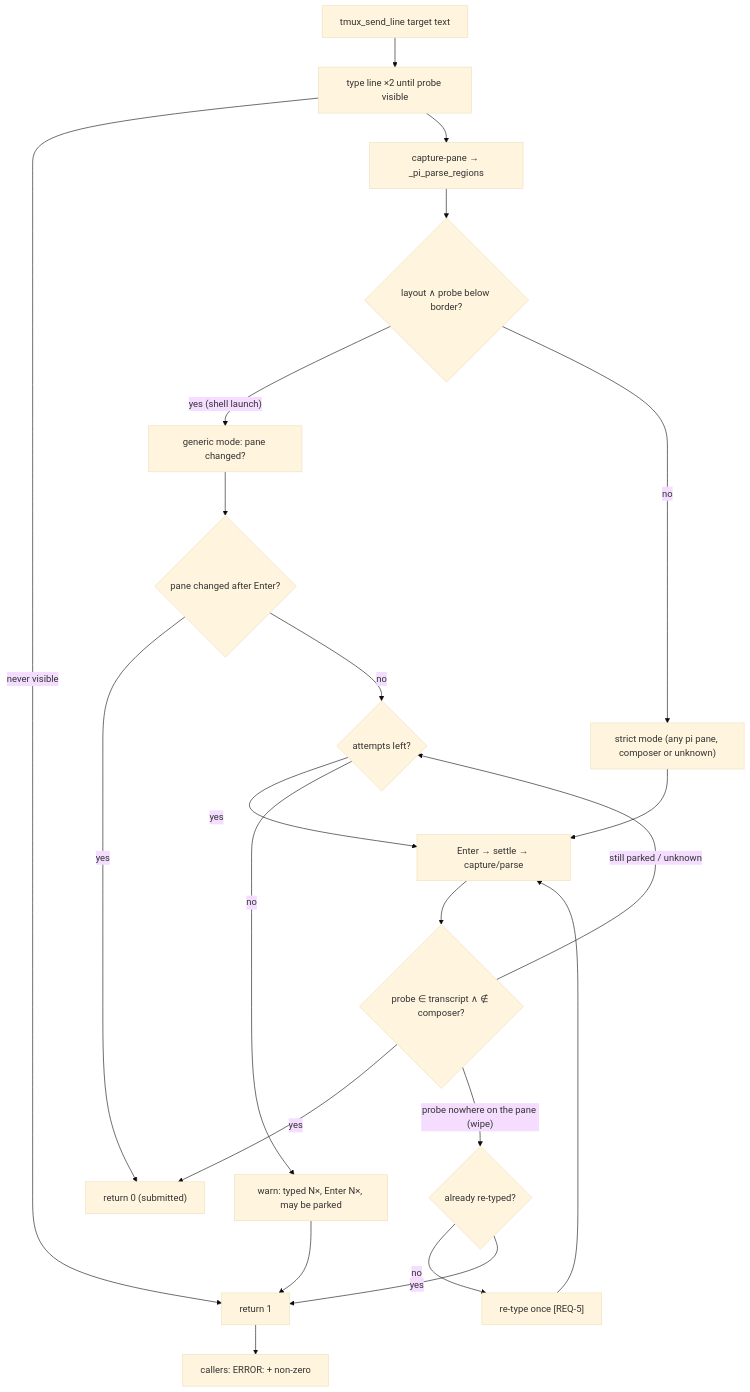
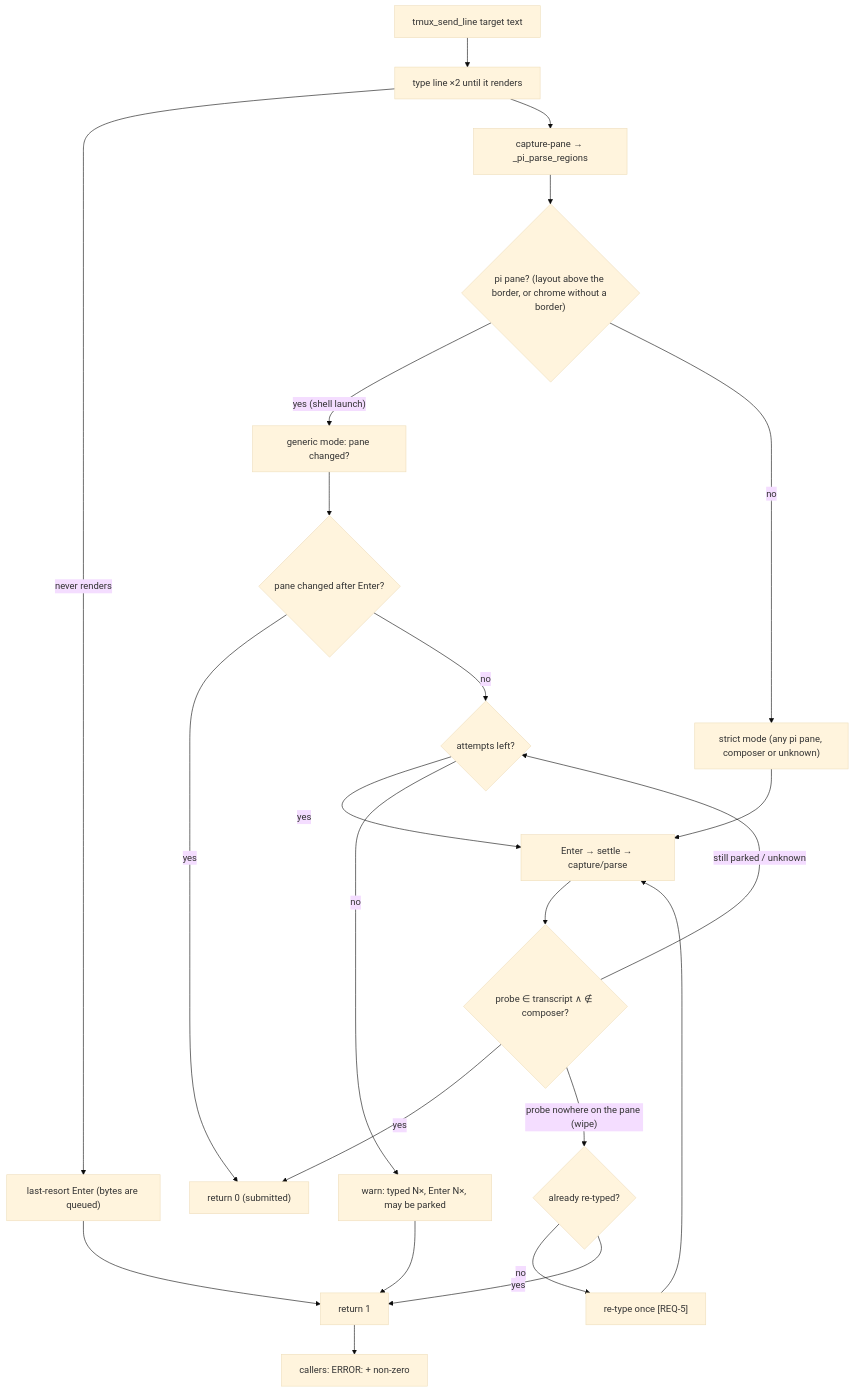
Before and after one commit to jseto/mu-commander: the diagram in specs/fix-parked-prompt/fix-parked-prompt-design.md, drawn with Mermaid (base theme). The commit also changed other lines of this file and 5 other files, not shown here.

````diff
--- a/specs/fix-parked-prompt/fix-parked-prompt-design.md
+++ b/specs/fix-parked-prompt/fix-parked-prompt-design.md
@@ -98,22 +103,22 @@
 ```mermaid
 flowchart TD
-  A["tmux_send_line target text"] --> B["type line ×2 until probe visible"]
-  B -- "never visible" --> F["return 1"]
+  A["tmux_send_line target text"] --> B["type line ×2 until it renders"]
+  B -- "never renders" --> B1["last-resort Enter (bytes are queued)"] --> F["return 1"]
   B --> C["capture-pane → _pi_parse_regions"]
-  C --> D{"layout ∧ probe below border?"}
+  C --> D{"pi pane? (layout above the border, or chrome without a border)"}
   D -- yes (shell launch) --> G["generic mode: pane changed?"]
   D -- no --> S["strict mode (any pi pane, composer or unknown)"]
   S --> E["Enter → settle → capture/parse"]
   E --> E1{"probe ∈ transcript ∧ ∉ composer?"}
   E1 -- yes --> OK["return 0 (submitted)"]
   E1 -- "probe nowhere on the pane (wipe)" --> E2{"already re-typed?"}
   E2 -- no --> R["re-type once [REQ-5]"] --> E
   E2 -- yes --> F
   E1 -- "still parked / unknown" --> E3{"attempts left?"}
   E3 -- yes --> E
   E3 -- no --> W["warn: typed N×, Enter N×, may be parked"] --> F
   G --> G1{"pane changed after Enter?"}
   G1 -- yes --> OK
   G1 -- no --> E3
   F --> X["callers: ERROR: + non-zero"]
 ```
````
